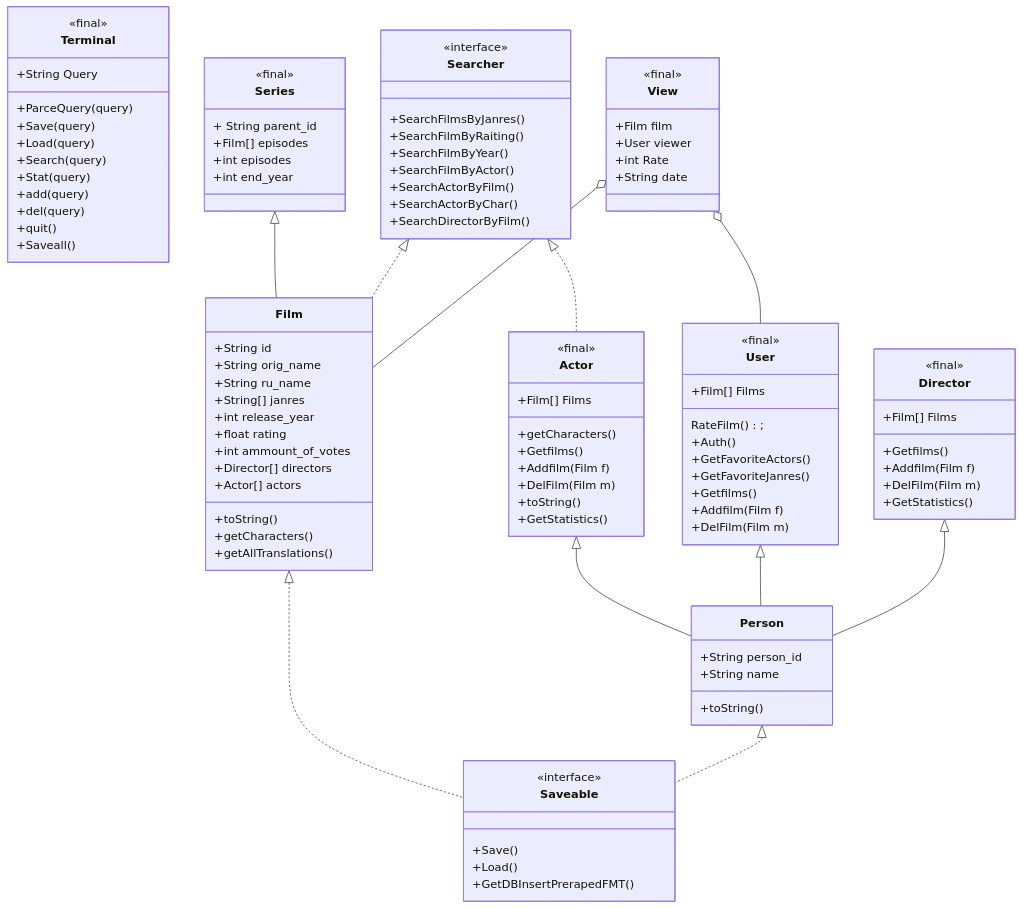
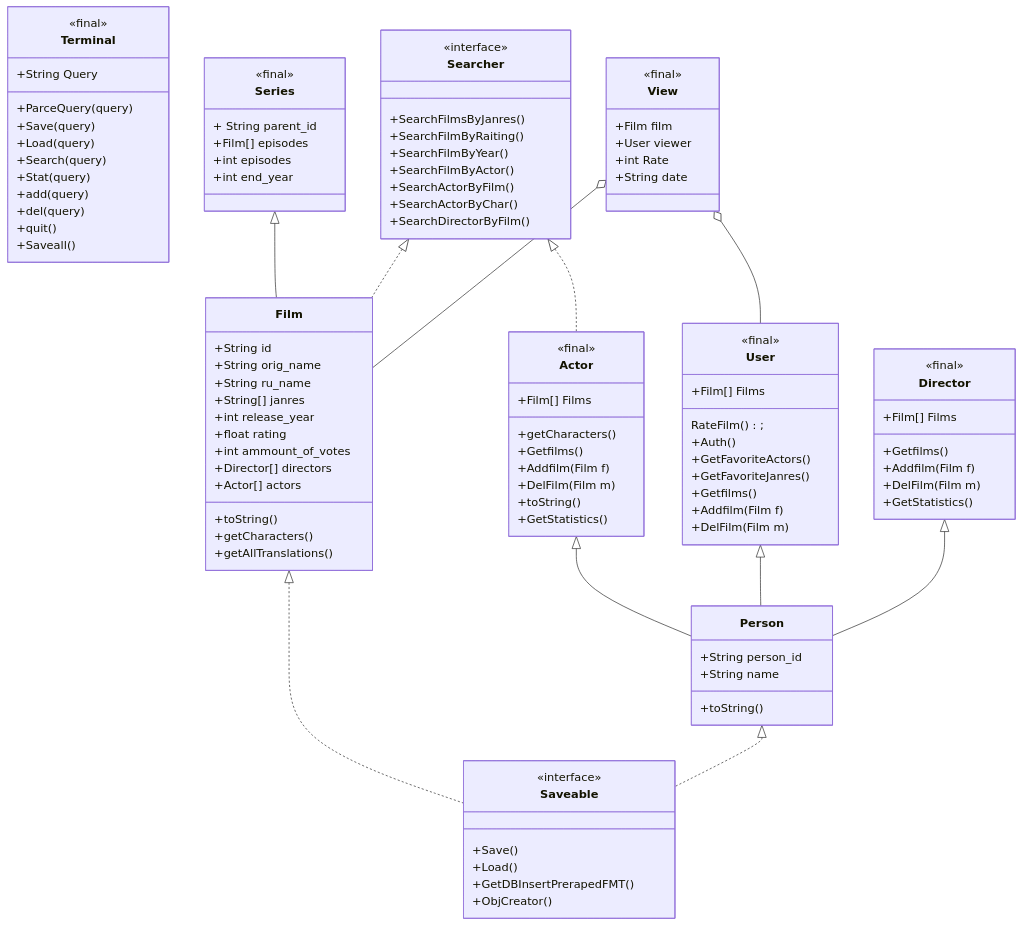
One commit to mmonastyrskiy/Programming_3_sem changed the diagram in Java_OOP/Monastyrskiy/Java_project/docs/structure.md. Above: the diagram before and after it, drawn with Mermaid.

```diff
--- a/Java_OOP/Monastyrskiy/Java_project/docs/structure.md
+++ b/Java_OOP/Monastyrskiy/Java_project/docs/structure.md
@@ -89,6 +89,7 @@
     +Save()
     +Load()
     +GetDBInsertPrerapedFMT()
+    +ObjCreator()
     }
     
     class Searcher{
```
